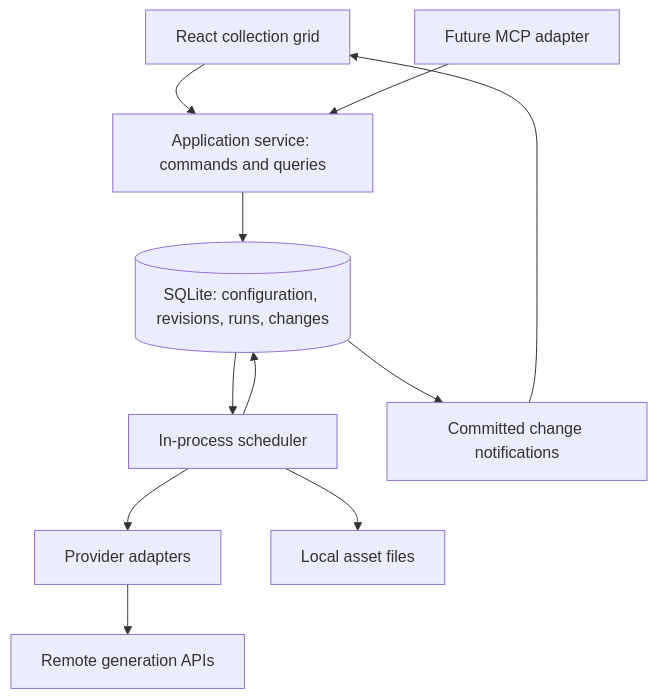
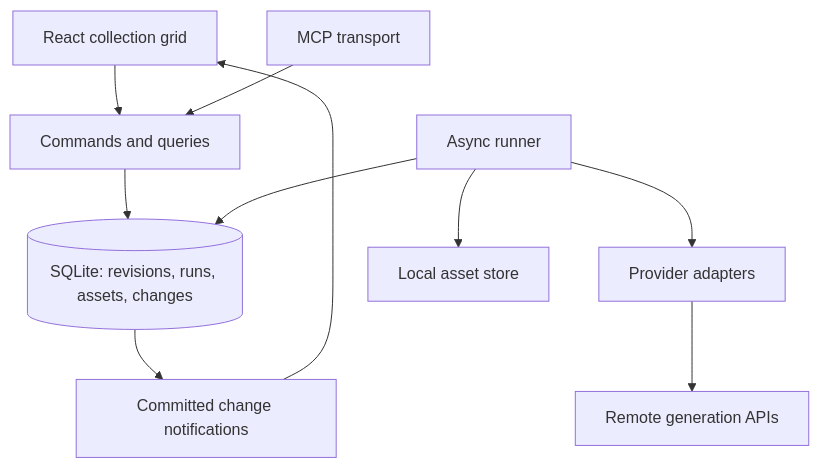
The diagram in ARCHITECTURE.md (smartcomputer-ai/imaginator), drawn with Mermaid before and after one commit. The commit also changed other lines of this file, not shown here.

Commit message:
new architecture

````diff
--- a/ARCHITECTURE.md
+++ b/ARCHITECTURE.md
@@ -13,13 +50,12 @@
 ```mermaid
 flowchart TD
-    UI[React collection grid] --> Core[Application service: commands and queries]
-    Agent[Future MCP adapter] --> Core
-    Core --> DB[(SQLite: configuration, revisions, runs, changes)]
-    DB --> Scheduler[In-process scheduler]
-    Scheduler --> Providers[Provider adapters]
+    UI[React collection grid] --> API[Commands and queries]
+    MCP[MCP transport] --> API
+    API --> DB[(SQLite: revisions, runs, assets, changes)]
+    Runner[Async runner] --> DB
+    Runner --> Providers[Provider adapters]
     Providers --> Remote[Remote generation APIs]
-    Scheduler --> Files[Local asset files]
-    Scheduler --> DB
-    DB --> Updates[Committed change notifications]
-    Updates --> UI
+    Runner --> Assets[Local asset store]
+    DB --> SSE[Committed change notifications]
+    SSE --> UI
 ```
````
